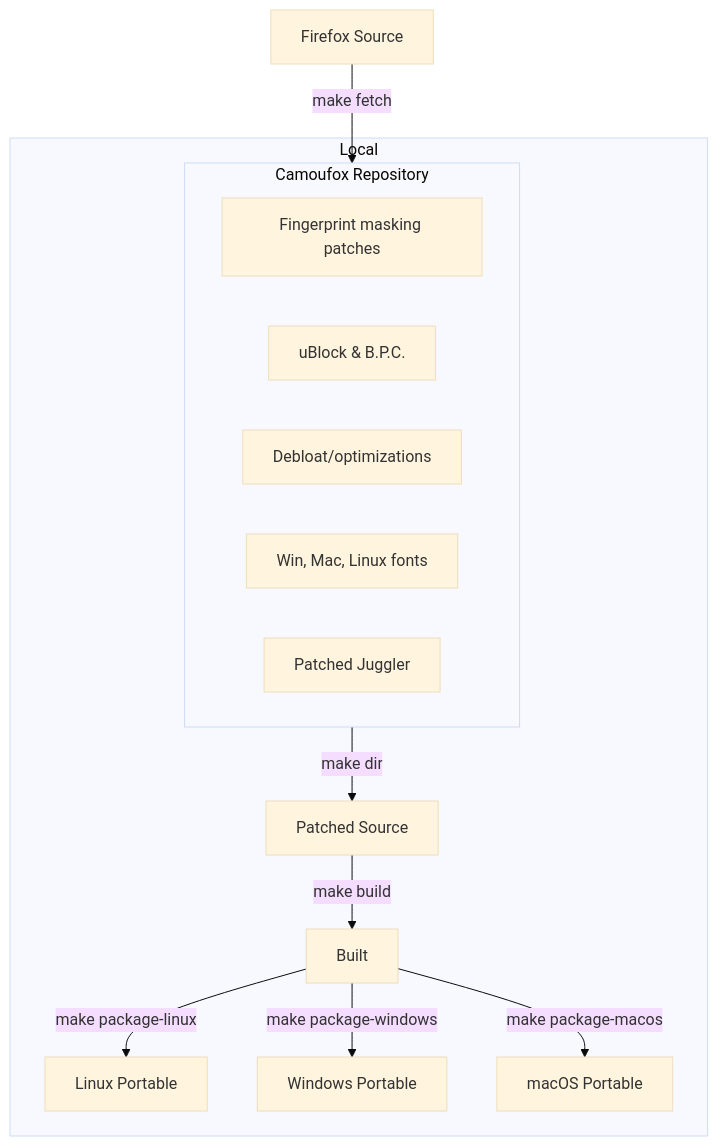
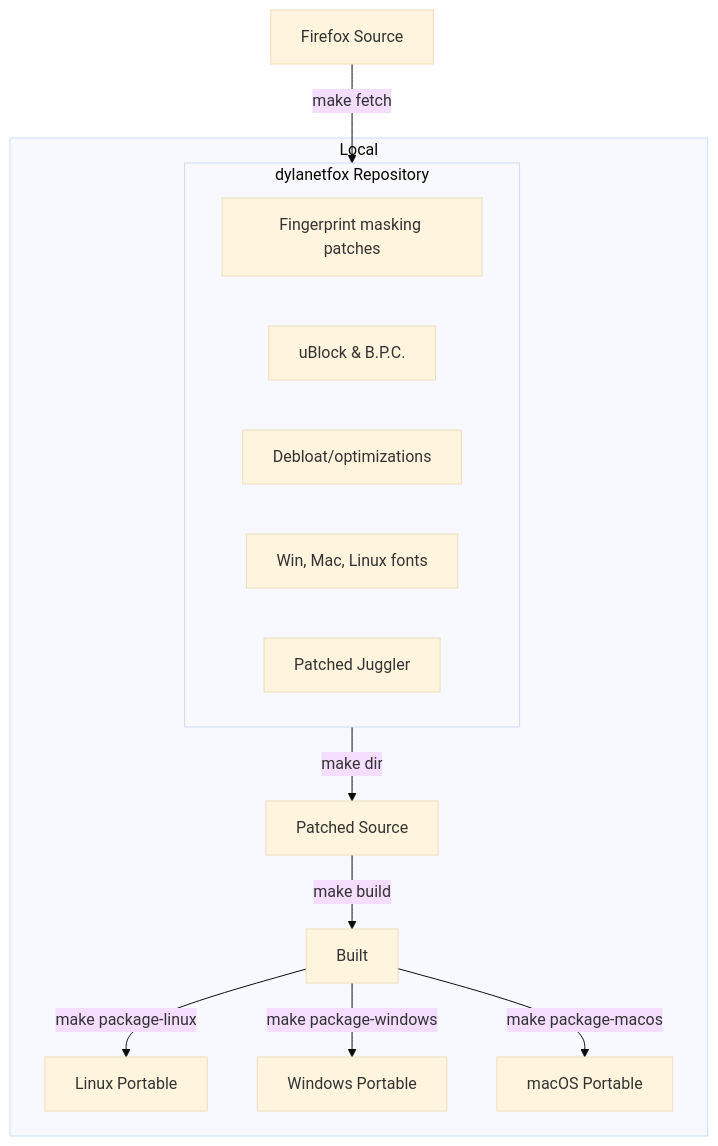
One commit to dylanyunlon/dylanetfox changed the first of 2 diagrams in README.md. Above: the diagram before and after it, drawn with Mermaid (base theme). The commit also changed other lines of this file and 8 other files, not shown here.

````diff
--- a/README.md
+++ b/README.md
@@ -638,20 +458,20 @@
 ```mermaid
 graph TD
     FFSRC[Firefox Source] -->|make fetch| REPO
 
-    subgraph REPO[Camoufox Repository]
+    subgraph REPO[dylanetfox Repository]
         PATCHES[Fingerprint masking patches]
         ADDONS[uBlock & B.P.C.]
         DEBLOAT[Debloat/optimizations]
         SYSTEM_FONTS[Win, Mac, Linux fonts]
         JUGGLER[Patched Juggler]
     end
 
     subgraph Local
     REPO -->|make dir| PATCH[Patched Source]
     PATCH -->|make build| BUILD[Built]
     BUILD -->|make package-linux| LINUX[Linux Portable]
     BUILD -->|make package-windows| WIN[Windows Portable]
     BUILD -->|make package-macos| MAC[macOS Portable]
     end
 ```
````
